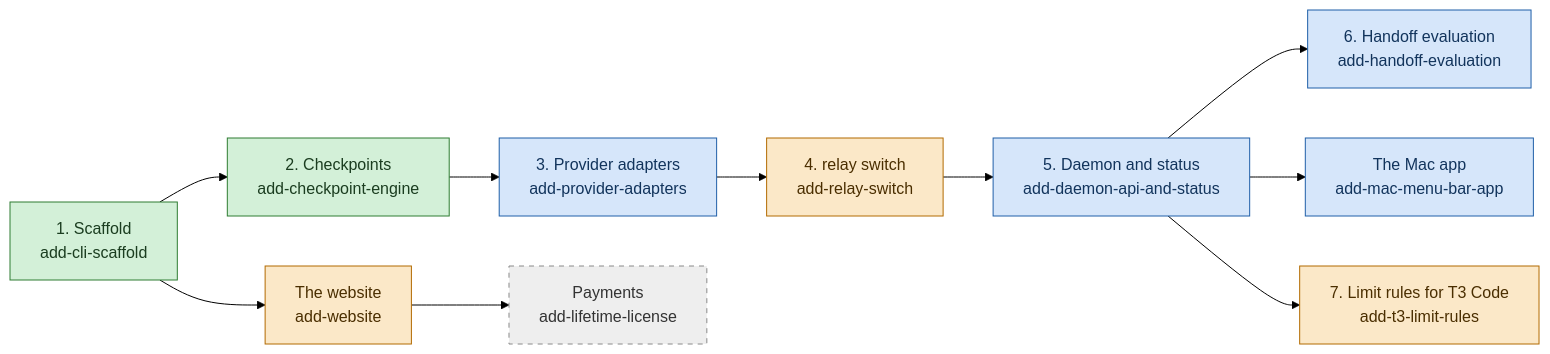
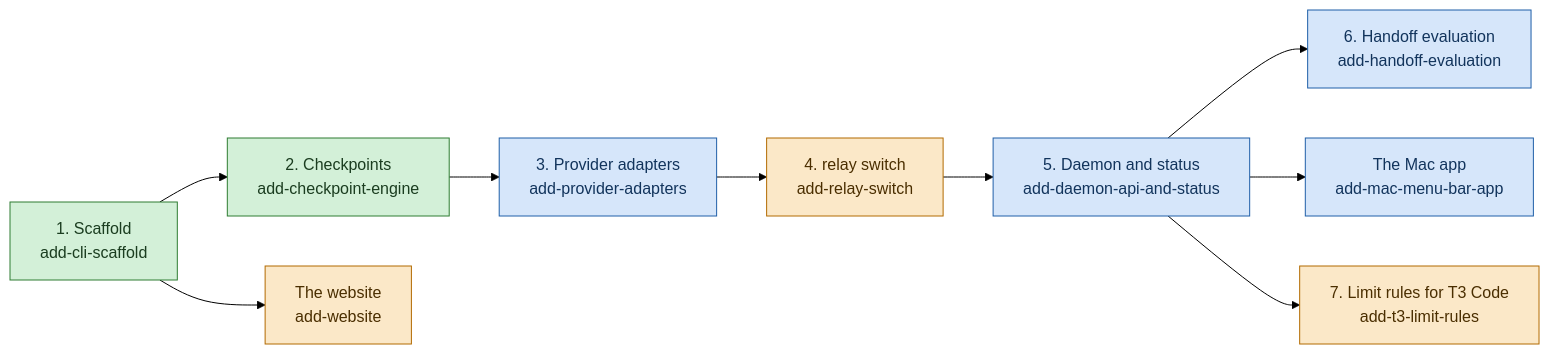
One commit to FrejusGdm/relay changed the diagram in docs/progress.md. Above: the diagram before and after it, drawn with Mermaid (forest theme). The commit also changed other lines of this file and 98 other files, not shown here.

````diff
--- a/docs/progress.md
+++ b/docs/progress.md
@@ -13,23 +13,21 @@
 ```mermaid
 flowchart LR
   p1["1. Scaffold<br/>add-cli-scaffold"]:::done
   p2["2. Checkpoints<br/>add-checkpoint-engine"]:::done
   p3["3. Provider adapters<br/>add-provider-adapters"]:::review
   p4["4. relay switch<br/>add-relay-switch"]:::building
   p5["5. Daemon and status<br/>add-daemon-api-and-status"]:::review
   p6["6. Handoff evaluation<br/>add-handoff-evaluation"]:::review
   p7["7. Limit rules for T3 Code<br/>add-t3-limit-rules"]:::building
   mac["The Mac app<br/>add-mac-menu-bar-app"]:::review
   site["The website<br/>add-website"]:::building
-  pay["Payments<br/>add-lifetime-license"]:::notstarted
 
   p1 --> p2 --> p3 --> p4 --> p5 --> p6
   p5 --> mac
-  p1 --> site --> pay
+  p1 --> site
   p5 --> p7
 
   classDef done fill:#d3f0d8,stroke:#2e7d32,color:#1b3d20
   classDef review fill:#d6e6fa,stroke:#1f5fa8,color:#12345c
   classDef building fill:#fbe8c8,stroke:#b26a00,color:#4a2e00
-  classDef notstarted fill:#eeeeee,stroke:#8a8a8a,color:#333333,stroke-dasharray: 5 5
 ```
````
